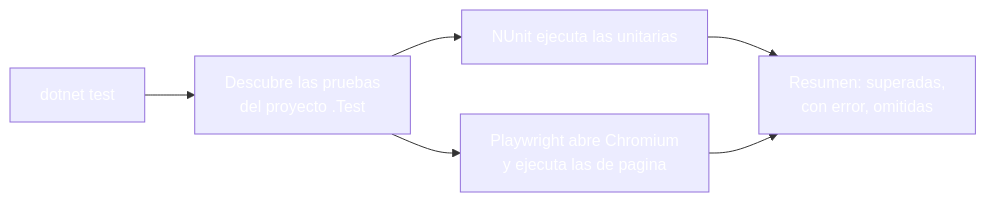
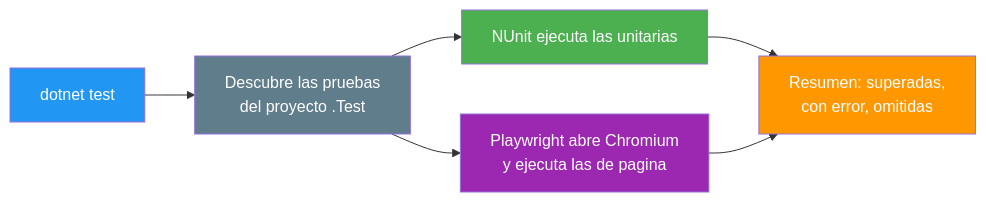
Before and after one commit to joseluisgs/DesarrolloWebEntornosServidor-03-2026-2027: the fifth of 5 diagrams in 24-testing-documentacion.md, drawn with Mermaid. The commit also changed other lines of this file and 25 other files, not shown here.

Commit message:
docs: corregir los estilos Mermaid de los temas y alinear el dominio del tema 25 con ProductosApp

````diff
--- a/24-testing-documentacion.md
+++ b/24-testing-documentacion.md
@@ -419,13 +419,13 @@
 ```mermaid
 graph LR
     T["dotnet test"] --> D["Descubre las pruebas<br/>del proyecto .Test"]
     D --> N["NUnit ejecuta las unitarias"]
     D --> P["Playwright abre Chromium<br/>y ejecuta las de pagina"]
     N --> R["Resumen: superadas,<br/>con error, omitidas"]
     P --> R
-    style T fill:#2196F,color:#fff3,color:#fff
-    style D fill:#607D8,color:#fffB,color:#fff
-    style N fill:#4CAF5,color:#fff0,color:#fff
-    style P fill:#9C27B,color:#fff0,color:#fff
-    style R fill:#FF980,color:#fff0,color:#fff
+    style T fill:#2196F3,color:#fff
+    style D fill:#607D8B,color:#fff
+    style N fill:#4CAF50,color:#fff
+    style P fill:#9C27B0,color:#fff
+    style R fill:#FF9800,color:#fff
 ```
````
